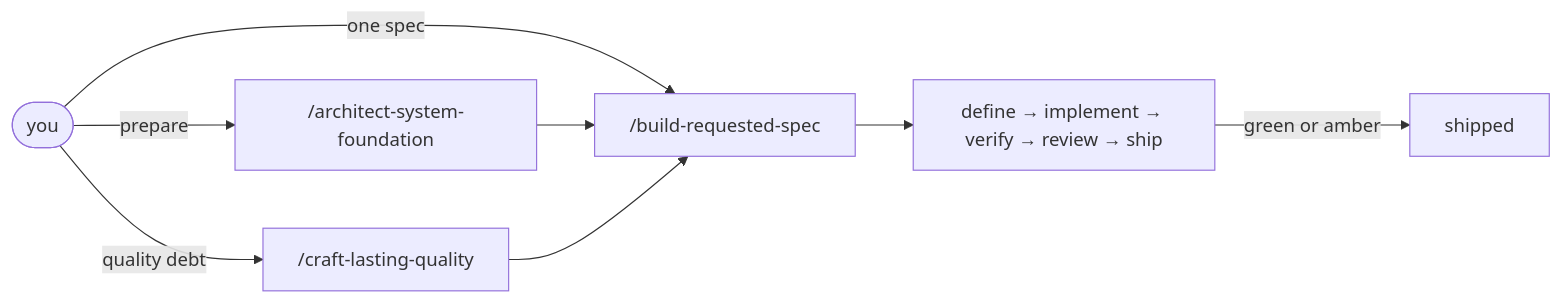
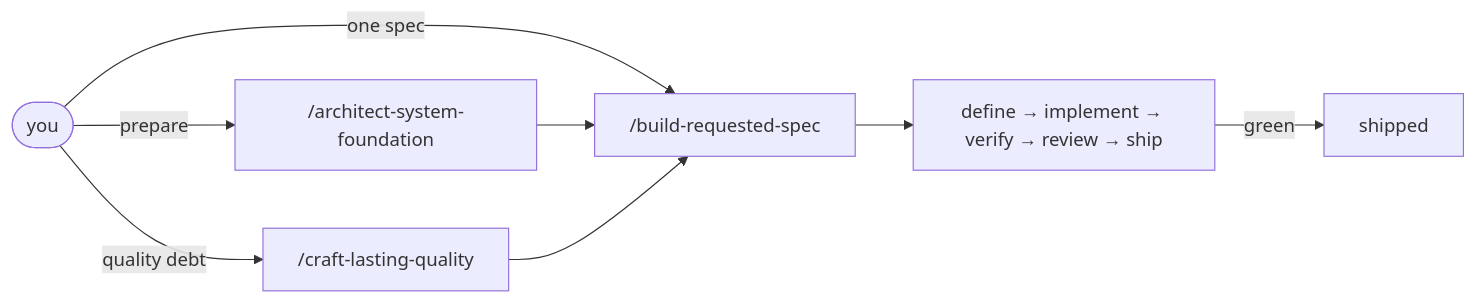
The diagram in src/content/docs/workflow.md (AlbertoBasalo/aiddbot-com), drawn with Mermaid before and after one commit. The commit also changed other lines of this file and 172 other files, not shown here.

````diff
--- a/src/content/docs/workflow.md
+++ b/src/content/docs/workflow.md
@@ -40,10 +40,10 @@
 ```mermaid
 flowchart LR
   YOU([you]) -->|prepare| FOUND["/architect-system-foundation"]
   YOU -->|one spec| DELIVER["/build-requested-spec"]
   YOU -->|quality debt| QUALITY["/craft-lasting-quality"]
   FOUND --> DELIVER
   QUALITY --> DELIVER
   DELIVER --> LOOP["define → implement → verify → review → ship"]
-  LOOP -->|green or amber| SHIPPED[shipped]
+  LOOP -->|green| SHIPPED[shipped]
 ```
````
